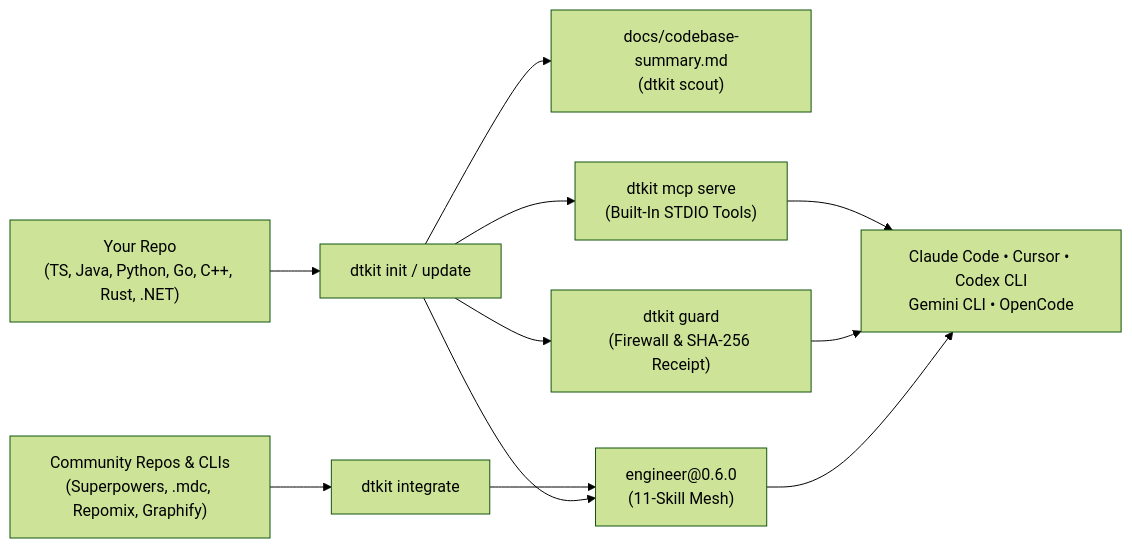
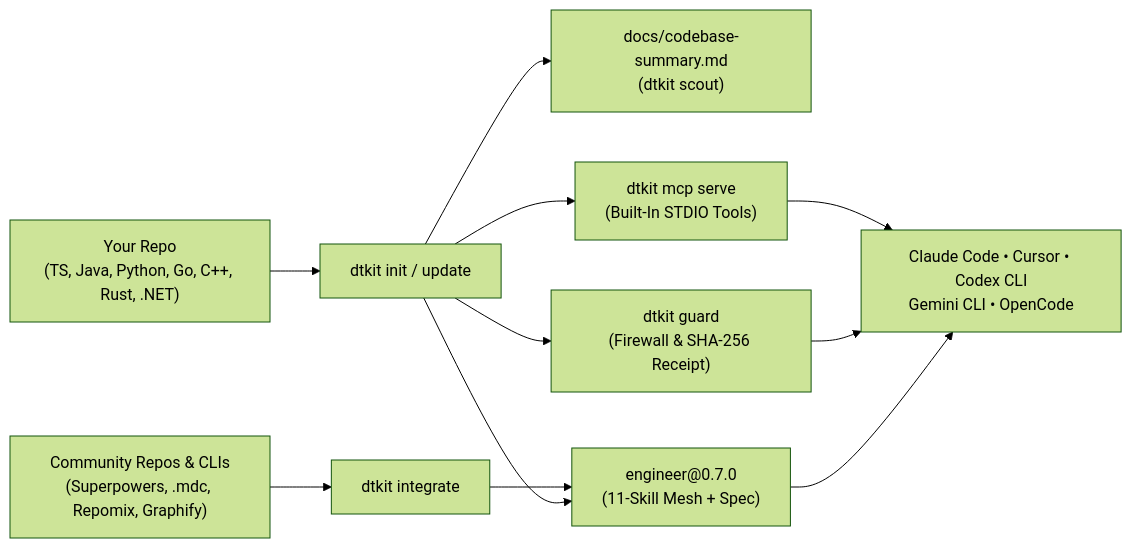
One commit to truong-newbie/Agent_Kit_Impl changed the first of 2 diagrams in README.md. Above: the diagram before and after it, drawn with Mermaid (forest theme). The commit also changed other lines of this file and 36 other files, not shown here.

````diff
--- a/README.md
+++ b/README.md
@@ -44,13 +44,13 @@
 ```mermaid
 flowchart LR
     Repo["Your Repo\n(TS, Java, Python, Go, C++, Rust, .NET)"] --> Init["dtkit init / update"]
     Init --> Scout["docs/codebase-summary.md\n(dtkit scout)"]
-    Init --> Kit["engineer@0.6.0\n(11-Skill Mesh)"]
+    Init --> Kit["engineer@0.7.0\n(11-Skill Mesh + Spec)"]
     Init --> Guard["dtkit guard\n(Firewall & SHA-256 Receipt)"]
     Init --> MCP["dtkit mcp serve\n(Built-In STDIO Tools)"]
     Ext["Community Repos & CLIs\n(Superpowers, .mdc, Repomix, Graphify)"] --> Integrate["dtkit integrate"]
     Integrate --> Kit
     Kit --> Agents["Claude Code • Cursor • Codex CLI\nGemini CLI • OpenCode"]
     Guard --> Agents
     MCP --> Agents
 ```
````
